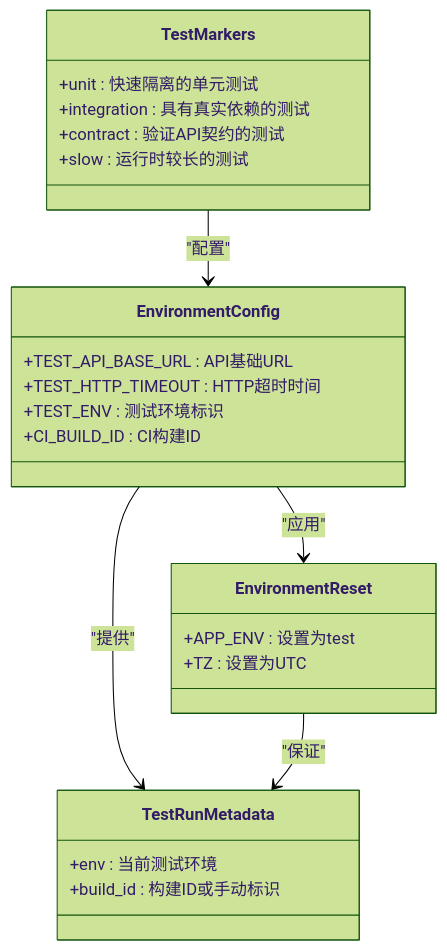
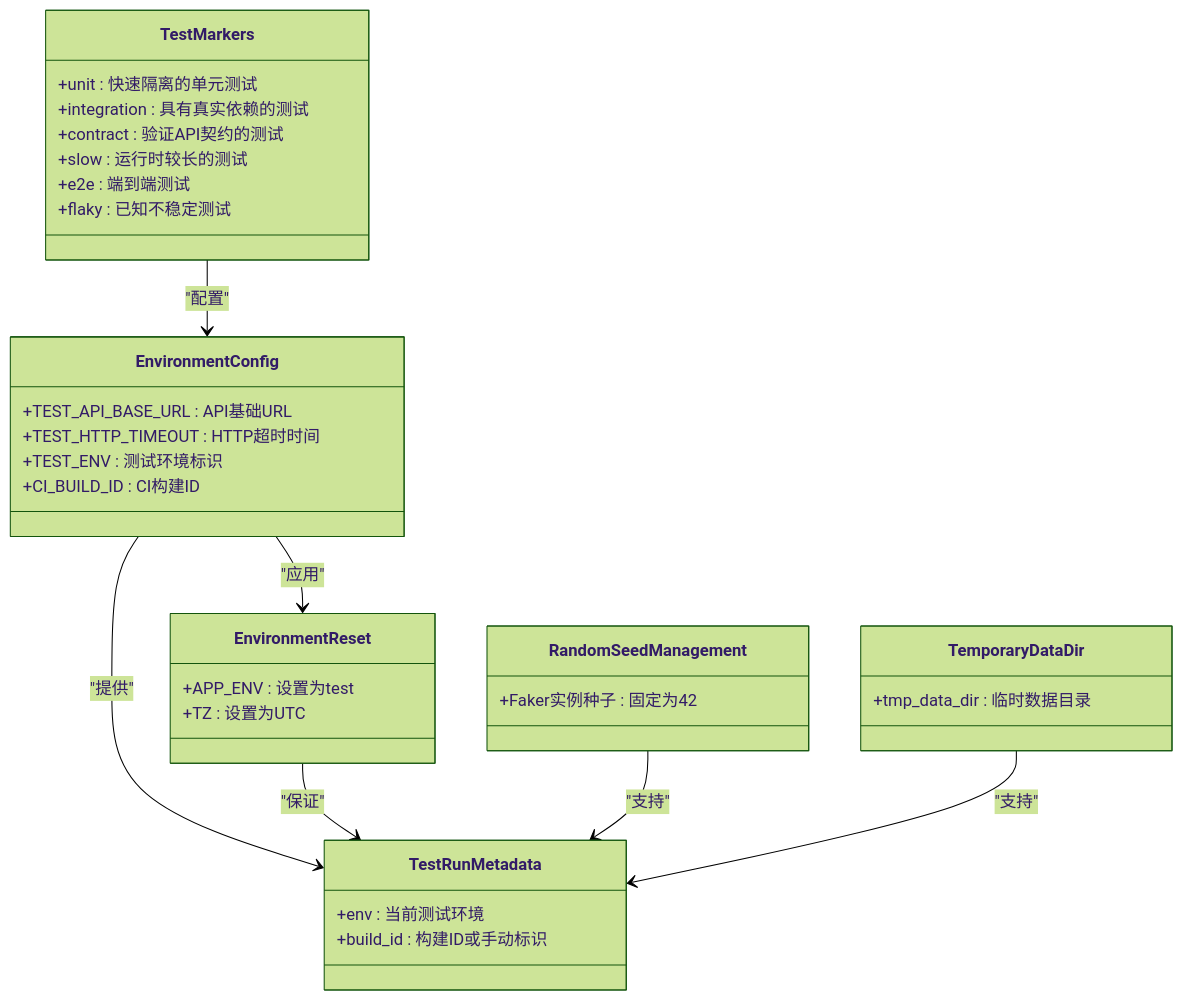
One commit to AngelWings1997/altas changed the third of 22 diagrams in .qoder/repowiki/zh/content/Altas Workflow Core/pytest测试模式参考.md. Above: the diagram before and after it, drawn with Mermaid (forest theme). The commit also changed other lines of this file and 16 other files, not shown here.

````diff
--- a/.qoder/repowiki/zh/content/Altas Workflow Core/pytest测试模式参考.md
+++ b/.qoder/repowiki/zh/content/Altas Workflow Core/pytest测试模式参考.md
@@ -200,27 +256,37 @@
 ```mermaid
 classDiagram
 class TestMarkers {
 +unit : 快速隔离的单元测试
 +integration : 具有真实依赖的测试
 +contract : 验证API契约的测试
 +slow : 运行时较长的测试
++e2e : 端到端测试
++flaky : 已知不稳定测试
 }
 class EnvironmentConfig {
 +TEST_API_BASE_URL : API基础URL
 +TEST_HTTP_TIMEOUT : HTTP超时时间
 +TEST_ENV : 测试环境标识
 +CI_BUILD_ID : CI构建ID
 }
 class EnvironmentReset {
 +APP_ENV : 设置为test
 +TZ : 设置为UTC
 }
+class RandomSeedManagement {
++Faker实例种子 : 固定为42
+}
 class TestRunMetadata {
 +env : 当前测试环境
 +build_id : 构建ID或手动标识
+}
+class TemporaryDataDir {
++tmp_data_dir : 临时数据目录
 }
 TestMarkers --> EnvironmentConfig : "配置"
 EnvironmentConfig --> EnvironmentReset : "应用"
 EnvironmentConfig --> TestRunMetadata : "提供"
 EnvironmentReset --> TestRunMetadata : "保证"
+RandomSeedManagement --> TestRunMetadata : "支持"
+TemporaryDataDir --> TestRunMetadata : "支持"
 ```
````
